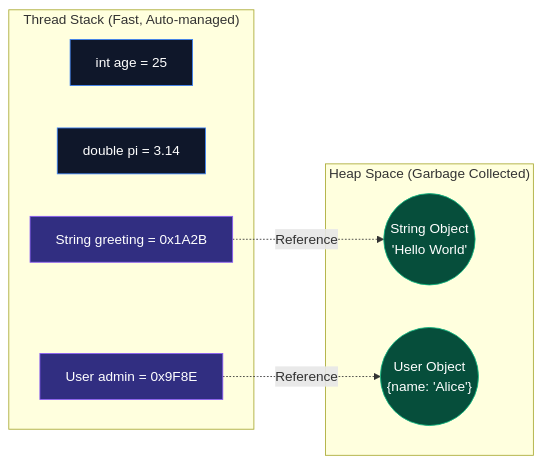
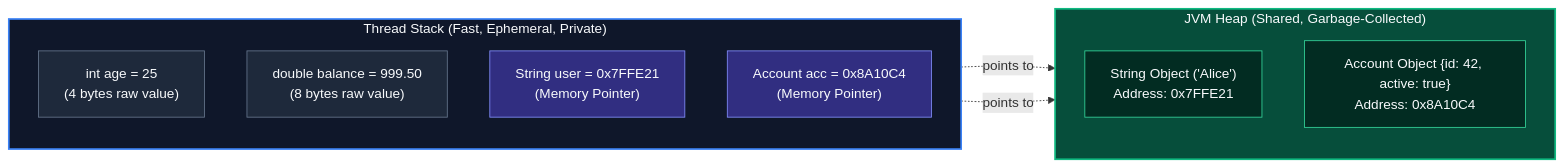
The first of 4 diagrams in content/roadmap/level-0/variables-and-data-types.md (ravishankar2463/java_hub), drawn with Mermaid before and after one commit. The commit also changed other lines of this file, not shown here.

````diff
--- a/content/roadmap/level-0/variables-and-data-types.md
+++ b/content/roadmap/level-0/variables-and-data-types.md
@@ -14,25 +31,28 @@
 ```mermaid
 flowchart LR
-    subgraph "Thread Stack (Fast, Auto-managed)"
-        S1["int age = 25"]
-        S2["double pi = 3.14"]
-        S3["String greeting = 0x1A2B"]
-        S4["User admin = 0x9F8E"]
+    subgraph StackSpace ["Thread Stack (Fast, Ephemeral, Private)"]
+        direction TB
+        S1["int age = 25<br/>(4 bytes raw value)"]
+        S2["double balance = 999.50<br/>(8 bytes raw value)"]
+        S3["String user = 0x7FFE21<br/>(Memory Pointer)"]
+        S4["Account acc = 0x8A10C4<br/>(Memory Pointer)"]
     end
 
-    subgraph "Heap Space (Garbage Collected)"
-        H1(("String Object\n'Hello World'"))
-        H2(("User Object\n{name: 'Alice'}"))
+    subgraph HeapSpace ["JVM Heap (Shared, Garbage-Collected)"]
+        direction TB
+        H1["String Object ('Alice')<br/>Address: 0x7FFE21"]
+        H2["Account Object {id: 42, active: true}<br/>Address: 0x8A10C4"]
     end
 
-    S3 -.->|Reference| H1
-    S4 -.->|Reference| H2
-    
-    style S1 fill:#0f172a,stroke:#3b82f6,color:#fff
-    style S2 fill:#0f172a,stroke:#3b82f6,color:#fff
-    style S3 fill:#312e81,stroke:#8b5cf6,color:#fff
-    style S4 fill:#312e81,stroke:#8b5cf6,color:#fff
-    
-    style H1 fill:#064e3b,stroke:#10b981,color:#fff
-    style H2 fill:#064e3b,stroke:#10b981,color:#fff
+    S3 -.->|"points to"| H1
+    S4 -.->|"points to"| H2
+
+    style StackSpace fill:#0f172a,stroke:#3b82f6,stroke-width:2px,color:#f8fafc
+    style HeapSpace fill:#064e3b,stroke:#10b981,stroke-width:2px,color:#f8fafc
+    style S1 fill:#1e293b,stroke:#64748b,color:#f8fafc
+    style S2 fill:#1e293b,stroke:#64748b,color:#f8fafc
+    style S3 fill:#312e81,stroke:#818cf8,color:#f8fafc
+    style S4 fill:#312e81,stroke:#818cf8,color:#f8fafc
+    style H1 fill:#022c22,stroke:#34d399,color:#f8fafc
+    style H2 fill:#022c22,stroke:#34d399,color:#f8fafc
 ```
````
